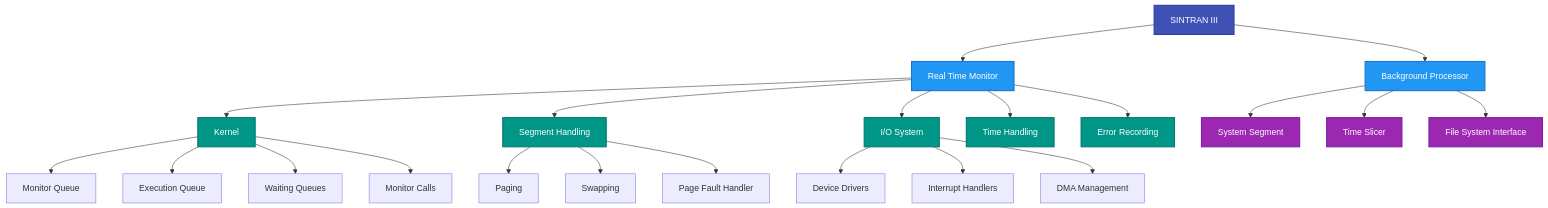
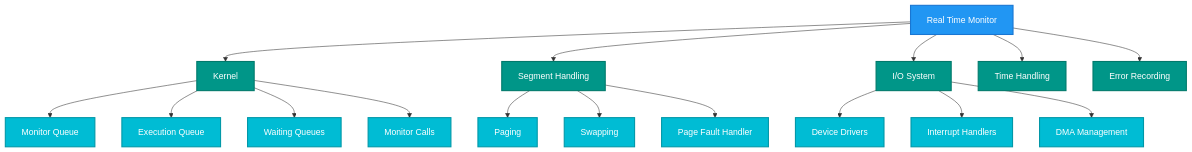
The second of 8 diagrams in SINTRAN/OS/00-SINTRAN-ARCHITECTURE-OVERVIEW.md (HackerCorpLabs/NDInsight), drawn with Mermaid before and after one commit. The commit also changed other lines of this file, not shown here.

Commit message:
docs: Break large system components diagram into 3 readable diagrams
Improved SINTRAN/OS/00-SINTRAN-ARCHITECTURE-OVERVIEW.md section 2.1:
- Split single complex 21-node diagram into 3 focused diagrams
- High-Level Architecture (5 nodes) - system overview
- Real Time Monitor Components (16 nodes) - detailed subsystems
- Background Processor Components (10 nodes) - user services

Benefits:
- Much easier to read and understand
- Progressive detail from high-level to specifics
- Better for documentation and presentations
- Maintains WCAG-compliant colors throughout

````diff
--- a/SINTRAN/OS/00-SINTRAN-ARCHITECTURE-OVERVIEW.md
+++ b/SINTRAN/OS/00-SINTRAN-ARCHITECTURE-OVERVIEW.md
@@ -62,40 +81,38 @@
 ```mermaid
 graph TD
-    A[SINTRAN III] --> B[Real Time Monitor]
-    A --> C[Background Processor]
+    RTM[Real Time Monitor] --> K[Kernel]
+    RTM --> SH[Segment Handling]
+    RTM --> IO[I/O System]
+    RTM --> TH[Time Handling]
+    RTM --> ER[Error Recording]
     
-    B --> D[Kernel]
-    B --> E[Segment Handling]
-    B --> F[I/O System]
-    B --> G[Time Handling]
-    B --> H[Error Recording]
+    K --> MQ[Monitor Queue]
+    K --> EQ[Execution Queue]
+    K --> WQ[Waiting Queues]
+    K --> MC[Monitor Calls]
     
-    C --> I[System Segment]
-    C --> J[Time Slicer]
-    C --> K[File System Interface]
+    SH --> PG[Paging]
+    SH --> SW[Swapping]
+    SH --> PF[Page Fault Handler]
     
-    D --> L[Monitor Queue]
-    D --> M[Execution Queue]
-    D --> N[Waiting Queues]
-    D --> O[Monitor Calls]
+    IO --> DD[Device Drivers]
+    IO --> IH[Interrupt Handlers]
+    IO --> DMA[DMA Management]
     
-    E --> P[Paging]
-    E --> Q[Swapping]
-    E --> R[Page Fault Handler]
-    
-    F --> S[Device Drivers]
-    F --> T[Interrupt Handlers]
-    F --> U[DMA Management]
-    
-    style A fill:#3F51B5,stroke:#303F9F,stroke-width:2px,color:#fff
-    style B fill:#2196F3,stroke:#1976D2,stroke-width:2px,color:#fff
-    style C fill:#2196F3,stroke:#1976D2,stroke-width:2px,color:#fff
-    style D fill:#009688,stroke:#00796B,stroke-width:2px,color:#fff
-    style E fill:#009688,stroke:#00796B,stroke-width:2px,color:#fff
-    style F fill:#009688,stroke:#00796B,stroke-width:2px,color:#fff
-    style G fill:#009688,stroke:#00796B,stroke-width:2px,color:#fff
-    style H fill:#009688,stroke:#00796B,stroke-width:2px,color:#fff
-    style I fill:#9C27B0,stroke:#7B1FA2,stroke-width:2px,color:#fff
-    style J fill:#9C27B0,stroke:#7B1FA2,stroke-width:2px,color:#fff
-    style K fill:#9C27B0,stroke:#7B1FA2,stroke-width:2px,color:#fff
+    style RTM fill:#2196F3,stroke:#1976D2,stroke-width:2px,color:#fff
+    style K fill:#009688,stroke:#00796B,stroke-width:2px,color:#fff
+    style SH fill:#009688,stroke:#00796B,stroke-width:2px,color:#fff
+    style IO fill:#009688,stroke:#00796B,stroke-width:2px,color:#fff
+    style TH fill:#009688,stroke:#00796B,stroke-width:2px,color:#fff
+    style ER fill:#009688,stroke:#00796B,stroke-width:2px,color:#fff
+    style MQ fill:#00BCD4,stroke:#0097A7,stroke-width:2px,color:#fff
+    style EQ fill:#00BCD4,stroke:#0097A7,stroke-width:2px,color:#fff
+    style WQ fill:#00BCD4,stroke:#0097A7,stroke-width:2px,color:#fff
+    style MC fill:#00BCD4,stroke:#0097A7,stroke-width:2px,color:#fff
+    style PG fill:#00BCD4,stroke:#0097A7,stroke-width:2px,color:#fff
+    style SW fill:#00BCD4,stroke:#0097A7,stroke-width:2px,color:#fff
+    style PF fill:#00BCD4,stroke:#0097A7,stroke-width:2px,color:#fff
+    style DD fill:#00BCD4,stroke:#0097A7,stroke-width:2px,color:#fff
+    style IH fill:#00BCD4,stroke:#0097A7,stroke-width:2px,color:#fff
+    style DMA fill:#00BCD4,stroke:#0097A7,stroke-width:2px,color:#fff
 ```
````
